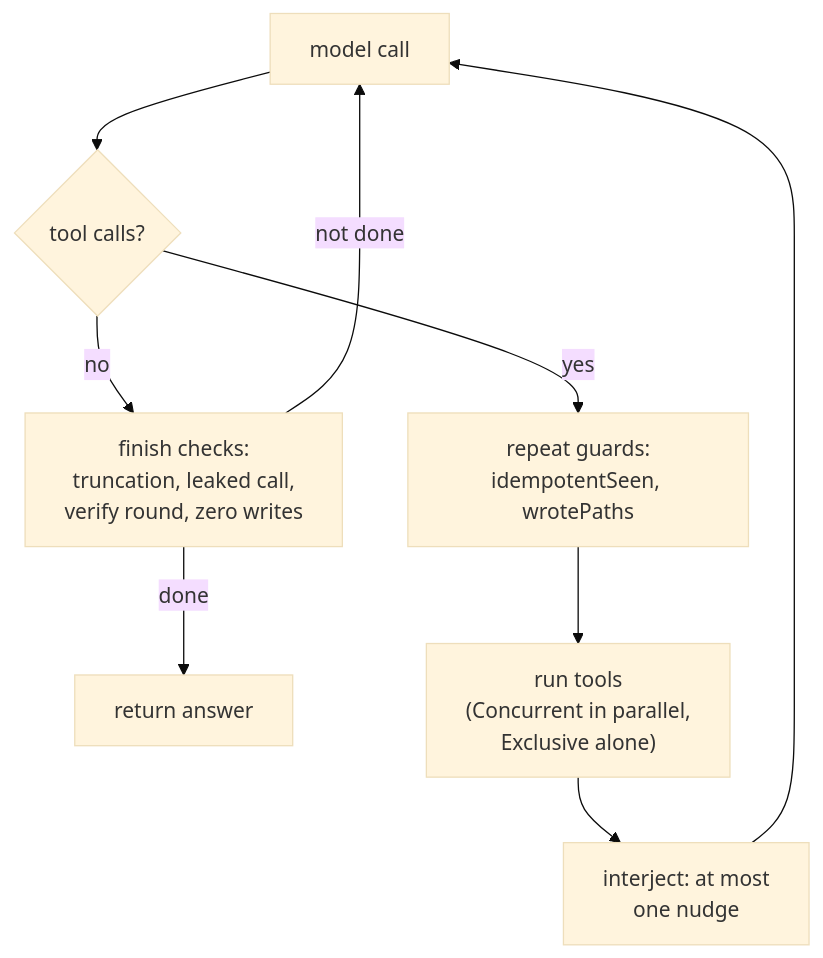
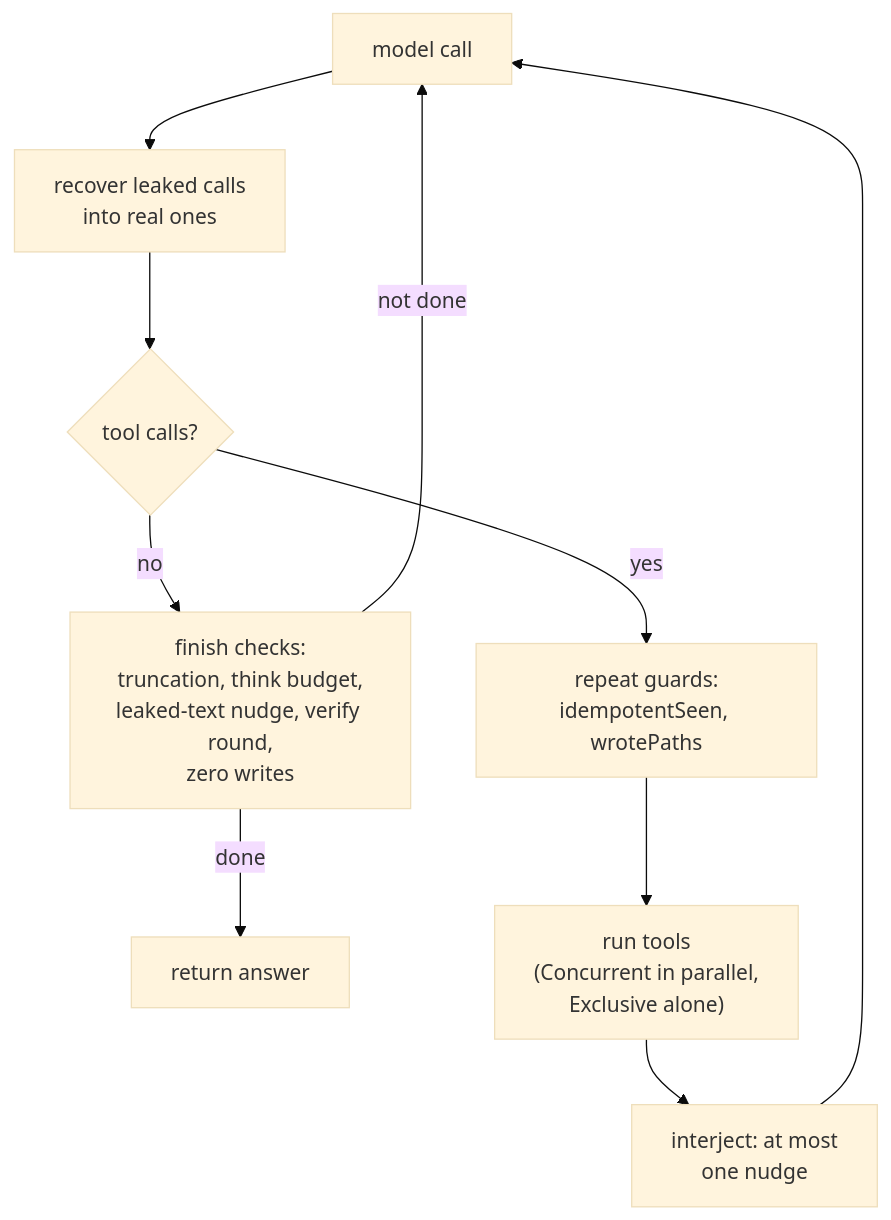
The diagram in ARCHITECTURE.md (keshon/tars), drawn with Mermaid (base theme) before and after one commit. The commit also changed other lines of this file and 7 other files, not shown here.

````diff
--- a/ARCHITECTURE.md
+++ b/ARCHITECTURE.md
@@ -46,11 +51,12 @@
 ```mermaid
 flowchart TB
-  Call["model call"] --> HasCalls{"tool calls?"}
-  HasCalls -- no --> Finish["finish checks:<br/>truncation, leaked call,<br/>verify round, zero writes"]
+  Call["model call"] --> Recover["recover leaked calls<br/>into real ones"]
+  Recover --> HasCalls{"tool calls?"}
+  HasCalls -- no --> Finish["finish checks:<br/>truncation, think budget,<br/>leaked-text nudge, verify round,<br/>zero writes"]
   Finish -- "not done" --> Call
   Finish -- done --> Return["return answer"]
   HasCalls -- yes --> Guards["repeat guards:<br/>idempotentSeen, wrotePaths"]
   Guards --> Run["run tools<br/>(Concurrent in parallel,<br/>Exclusive alone)"]
   Run --> Judge["interject: at most<br/>one nudge"]
   Judge --> Call
 ```
````
